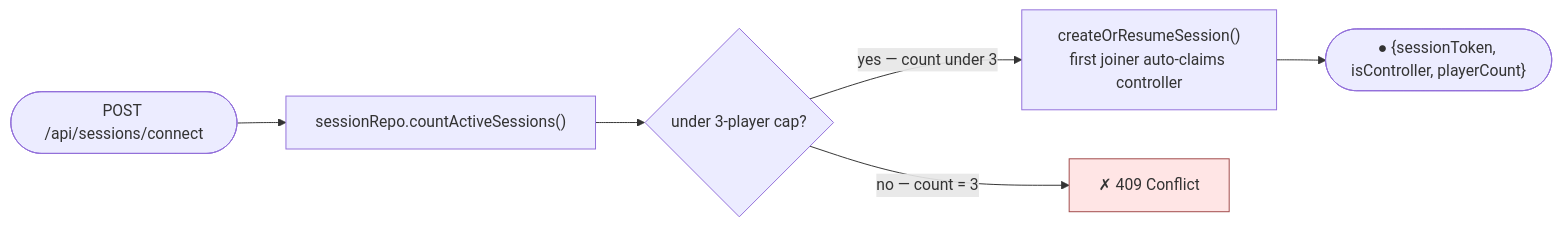
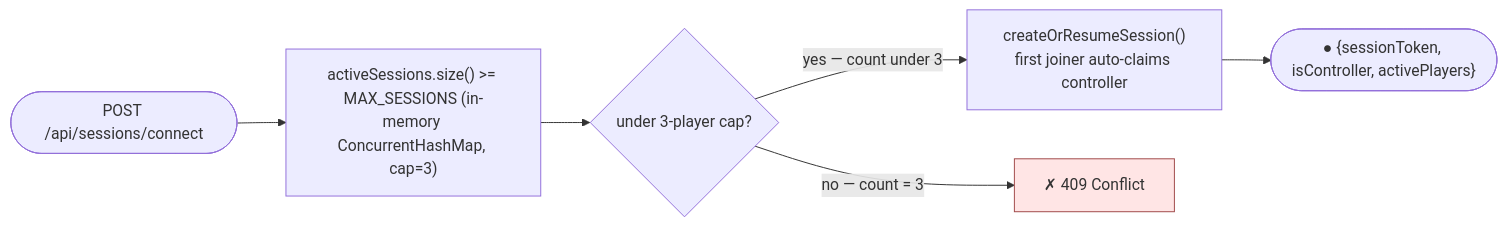
Before and after one commit to hugmesh/hugmesh-games: diagram 22 of 48 in README.md, drawn with Mermaid. The commit also changed other lines of this file, not shown here.

````diff
--- a/README.md
+++ b/README.md
@@ -699,7 +705,7 @@
 ```mermaid
 flowchart LR
-    R(["POST /api/sessions/connect"]) --> C["sessionRepo.countActiveSessions()"] --> D{"under 3-player cap?"}
-    D -->|"yes — count under 3"| OK["createOrResumeSession()<br/>first joiner auto-claims controller"] --> O(["● {sessionToken, isController, playerCount}"])
+    R(["POST /api/sessions/connect"]) --> C["activeSessions.size() >= MAX_SESSIONS (in-memory ConcurrentHashMap, cap=3)"] --> D{"under 3-player cap?"}
+    D -->|"yes — count under 3"| OK["createOrResumeSession()<br/>first joiner auto-claims controller"] --> O(["● {sessionToken, isController, activePlayers}"])
     D -->|"no — count = 3"| F["✗ 409 Conflict"]:::err
     classDef err fill:#ffe5e5,stroke:#a14a4a;
 ```
````
